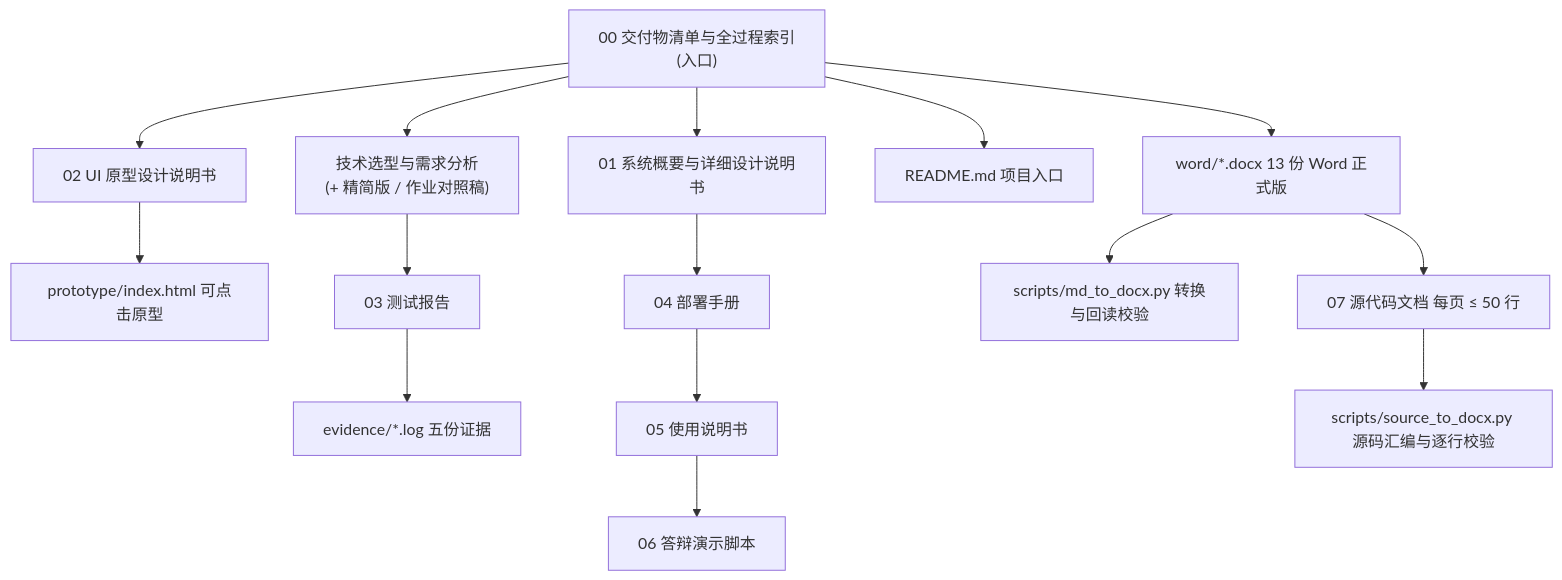
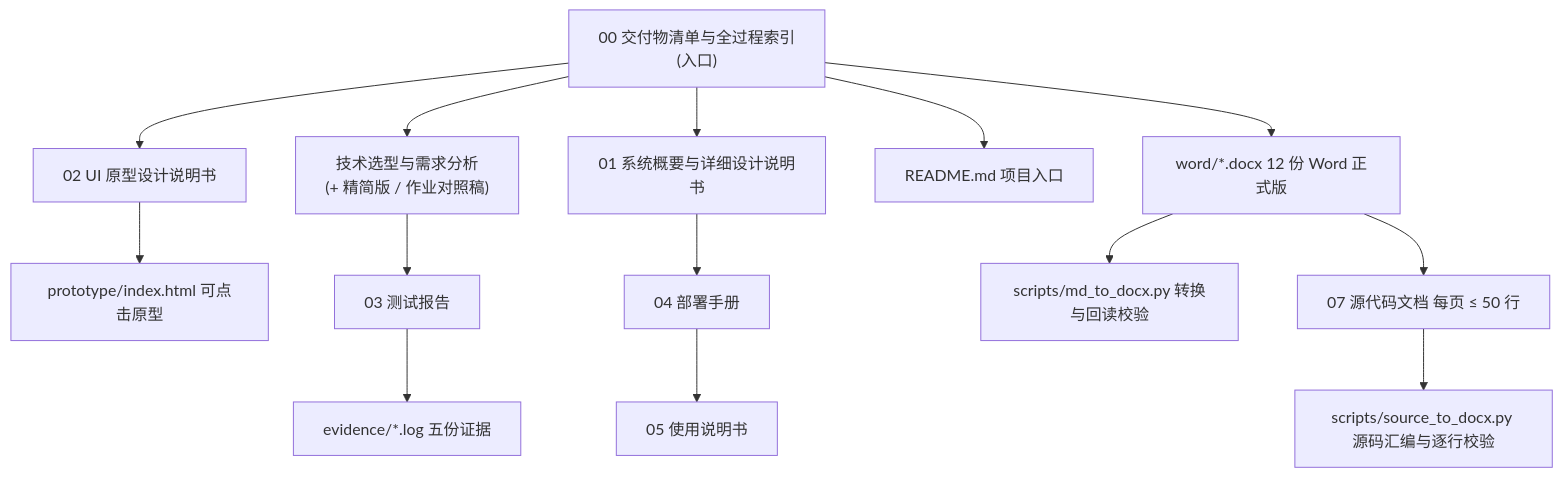
The diagram in docs/00-交付物清单与全过程索引.md (Ningo1077/kb-assistant), drawn with Mermaid before and after one commit. The commit also changed other lines of this file and 31 other files, not shown here.

````diff
--- a/docs/00-交付物清单与全过程索引.md
+++ b/docs/00-交付物清单与全过程索引.md
@@ -191,17 +189,16 @@
 ```mermaid
 flowchart TD
   A["00 交付物清单与全过程索引<br/>(入口)"] --> B["技术选型与需求分析<br/>(+ 精简版 / 作业对照稿)"]
   A --> C["01 系统概要与详细设计说明书"]
   A --> D["02 UI 原型设计说明书"]
   D --> E["prototype/index.html 可点击原型"]
   C --> F["04 部署手册"]
   B --> G["03 测试报告"]
   G --> H["evidence/*.log 五份证据"]
   F --> I["05 使用说明书"]
-  I --> J["06 答辩演示脚本"]
   A --> K["README.md 项目入口"]
-  A --> W["word/*.docx 13 份 Word 正式版"]
+  A --> W["word/*.docx 12 份 Word 正式版"]
   W --> WM["scripts/md_to_docx.py 转换与回读校验"]
   W --> WS["07 源代码文档 每页 ≤ 50 行"]
   WS --> WT["scripts/source_to_docx.py 源码汇编与逐行校验"]
 ```
````
